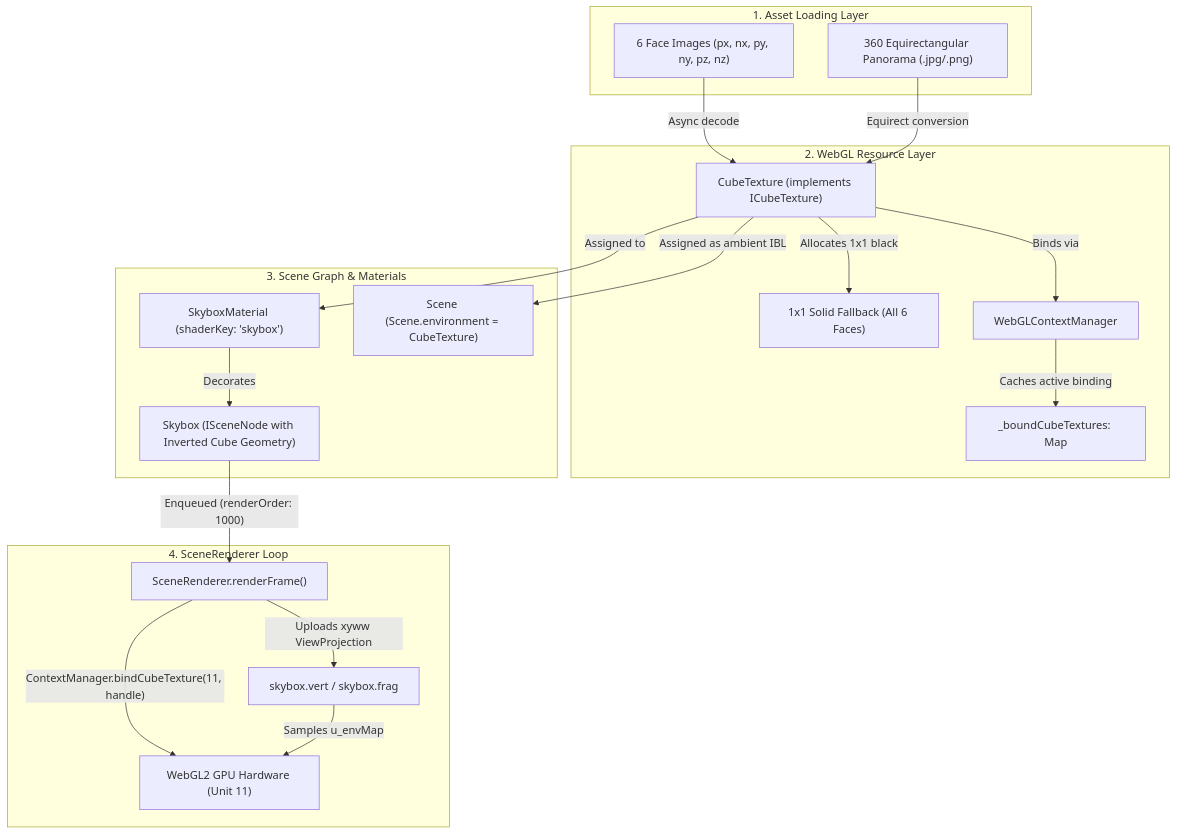
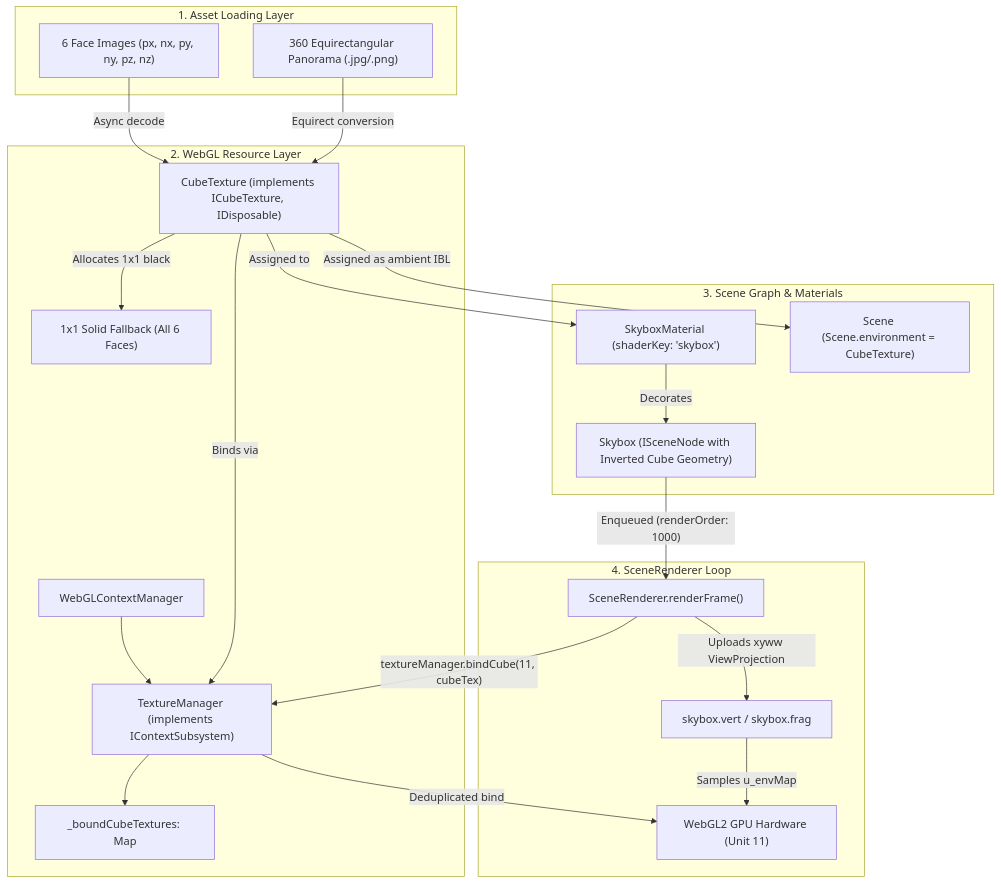
Before and after one commit to ReeseJones/website_reesedrjones: the diagram in src/scene/environment/cubemap_skybox_design.md, drawn with Mermaid. The commit also changed other lines of this file and 10 other files, not shown here.

````diff
--- a/src/scene/environment/cubemap_skybox_design.md
+++ b/src/scene/environment/cubemap_skybox_design.md
@@ -54,39 +54,42 @@
 ```mermaid
 flowchart TD
     subgraph AssetLayer["1. Asset Loading Layer"]
         FaceAssets["6 Face Images (px, nx, py, ny, pz, nz)"]
         PanoramaAsset["360 Equirectangular Panorama (.jpg/.png)"]
     end
 
     subgraph WebGLLayer["2. WebGL Resource Layer"]
-        CubeTex["CubeTexture (implements ICubeTexture)"]
+        CubeTex["CubeTexture (implements ICubeTexture, IDisposable)"]
         Fallback["1x1 Solid Fallback (All 6 Faces)"]
         ContextMgr["WebGLContextManager"]
+        TexMgr["TextureManager (implements IContextSubsystem)"]
         Cache["_boundCubeTextures: Map<number, WebGLTexture>"]
+        ContextMgr --> TexMgr
+        TexMgr --> Cache
     end
 
     subgraph SceneLayer["3. Scene Graph & Materials"]
         SkyboxMat["SkyboxMaterial (shaderKey: 'skybox')"]
         SkyboxNode["Skybox (ISceneNode with Inverted Cube Geometry)"]
         SceneRoot["Scene (Scene.environment = CubeTexture)"]
     end
 
     subgraph RenderLayer["4. SceneRenderer Loop"]
         Renderer["SceneRenderer.renderFrame()"]
         Shader["skybox.vert / skybox.frag"]
         GPU["WebGL2 GPU Hardware (Unit 11)"]
     end
 
     FaceAssets -->|"Async decode"| CubeTex
     PanoramaAsset -->|"Equirect conversion"| CubeTex
     CubeTex -->|"Allocates 1x1 black"| Fallback
-    CubeTex -->|"Binds via"| ContextMgr
-    ContextMgr -->|"Caches active binding"| Cache
+    CubeTex -->|"Binds via"| TexMgr
     CubeTex -->|"Assigned to"| SkyboxMat
     CubeTex -->|"Assigned as ambient IBL"| SceneRoot
     SkyboxMat -->|"Decorates"| SkyboxNode
     SkyboxNode -->|"Enqueued (renderOrder: 1000)"| Renderer
-    Renderer -->|"ContextManager.bindCubeTexture(11, handle)"| GPU
+    Renderer -->|"textureManager.bindCube(11, cubeTex)"| TexMgr
+    TexMgr -->|"Deduplicated bind"| GPU
     Renderer -->|"Uploads xyww ViewProjection"| Shader
     Shader -->|"Samples u_envMap"| GPU
 ```
````
